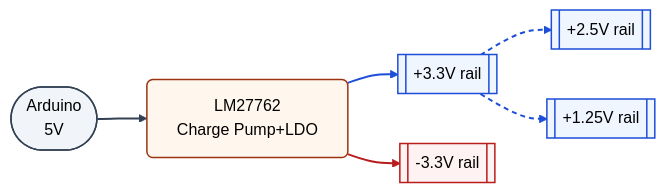
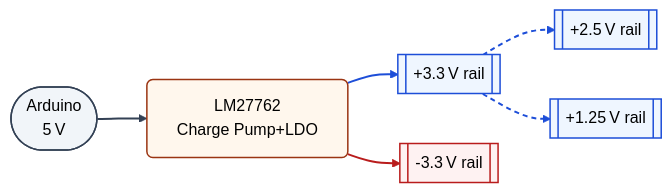
The diagram in docs/pcb/index.md (ShiegeChan/SensEdu), drawn with Mermaid (neutral theme) before and after one commit. The commit also changed other lines of this file, not shown here.

```diff
--- a/docs/pcb/index.md
+++ b/docs/pcb/index.md
@@ -100,28 +99,28 @@
 <div class="mermaid">
 flowchart LR
-  A([Arduino<br/>5V]) --> B[LM27762<br/>Charge Pump+LDO]
+  A([Arduino<br/>5&#8239;V]) --> B[LM27762<br/>Charge Pump+LDO]
 
-  B --> P[[+3.3V rail]]
-  B --> N[[-3.3V rail]]
+  B --> P[[+3.3&#8239;V rail]]
+  B --> N[[-3.3&#8239;V rail]]
 
-  P --> V25[[+2.5V rail]]
-  P --> V125[[+1.25V rail]]
+  P --> V25[[+2.5&#8239;V rail]]
+  P --> V125[[+1.25&#8239;V rail]]
 
   %% Node styling
   classDef src fill:#f1f5f9,stroke:#334155,stroke-width:1.5px,rx:6,ry:6;
   classDef ic  fill:#fff7ed,stroke:#9a3412,stroke-width:1.5px,rx:6,ry:6;
   classDef pos fill:#eff6ff,stroke:#1d4ed8,stroke-width:1.5px,rx:6,ry:6;
   classDef neg fill:#fef2f2,stroke:#b91c1c,stroke-width:1.5px,rx:6,ry:6;
 
   class A src;
   class B ic;
   class P,V25,V125 pos;
   class N neg;
 
   %% Link styling (order = appearance)
   linkStyle 0 stroke:#334155,stroke-width:2px;
   linkStyle 1 stroke:#1d4ed8,stroke-width:2px;
   linkStyle 2 stroke:#b91c1c,stroke-width:2px;
   linkStyle 3 stroke:#1d4ed8,stroke-width:2px,stroke-dasharray:5 4;
   linkStyle 4 stroke:#1d4ed8,stroke-width:2px,stroke-dasharray:5 4;
 </div>
```
